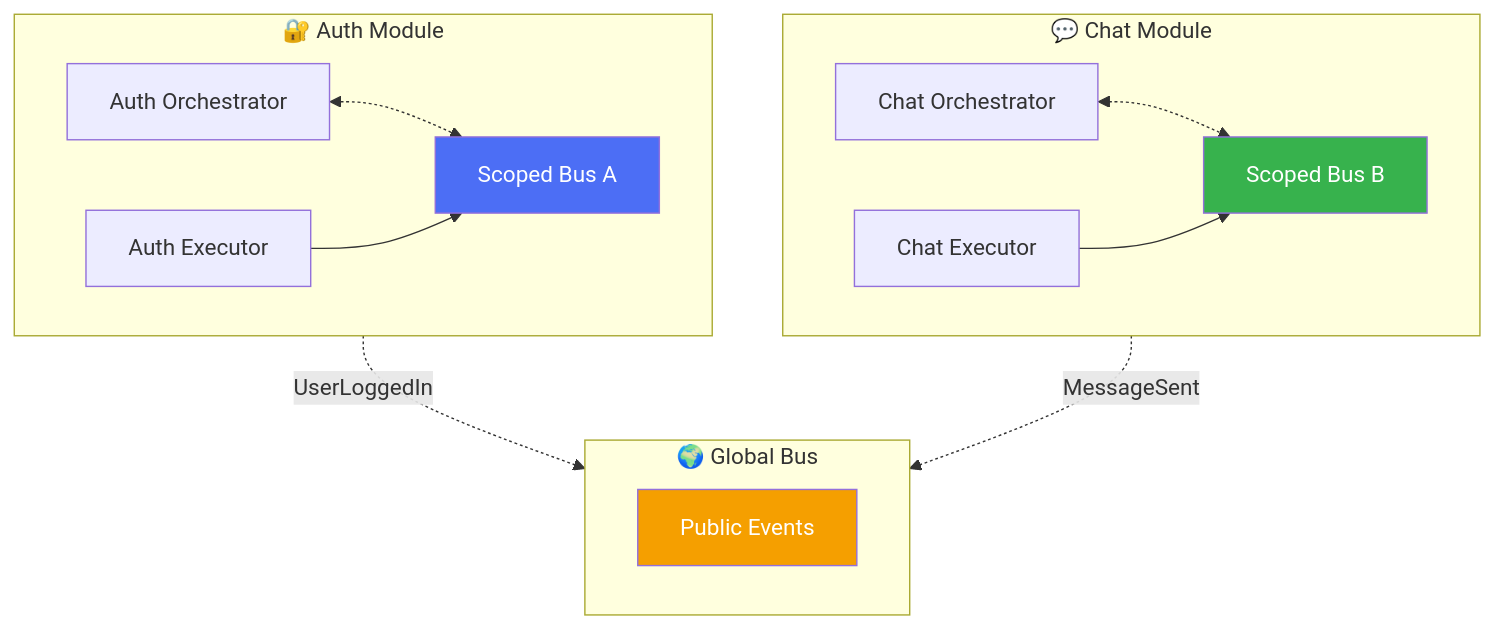
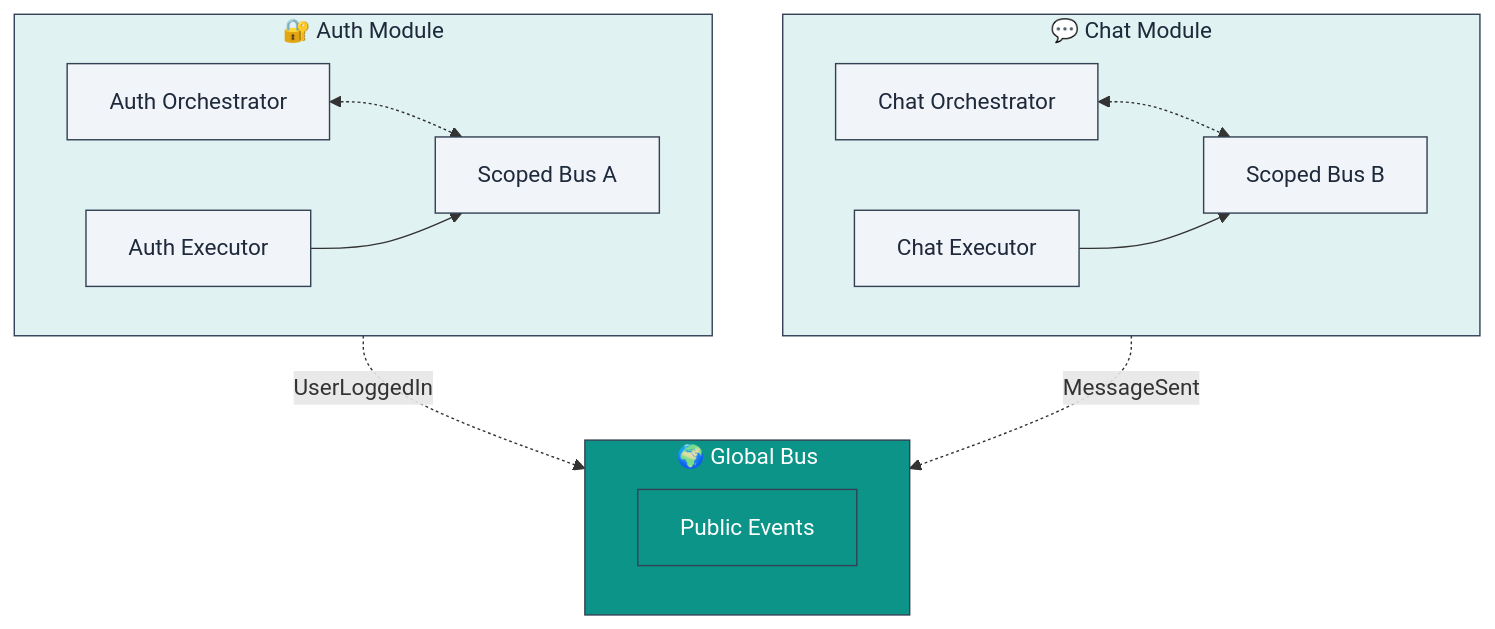
One commit to lploc94/flutter_orchestrator changed the seventh of 11 diagrams in book/chapters/04_integration.md. Above: the diagram before and after it, drawn with Mermaid. The commit also changed other lines of this file and 3 other files, not shown here.

````diff
--- a/book/chapters/04_integration.md
+++ b/book/chapters/04_integration.md
@@ -162,31 +180,38 @@
 ```mermaid
 graph TB
     subgraph AuthModule["🔐 Auth Module"]
         AuthBus["Scoped Bus A"]
         AuthOrch["Auth Orchestrator"]
         AuthExec["Auth Executor"]
         
         AuthOrch <-.-> AuthBus
         AuthExec --> AuthBus
     end
     
     subgraph ChatModule["💬 Chat Module"]
         ChatBus["Scoped Bus B"]
         ChatOrch["Chat Orchestrator"]
         ChatExec["Chat Executor"]
         
         ChatOrch <-.-> ChatBus
         ChatExec --> ChatBus
     end
     
     subgraph GlobalBus["🌍 Global Bus"]
         GB["Public Events"]
     end
     
     AuthModule -.->|"UserLoggedIn"| GlobalBus
     ChatModule -.->|"MessageSent"| GlobalBus
     
-    style AuthBus fill:#4c6ef5,color:#fff
-    style ChatBus fill:#37b24d,color:#fff
-    style GB fill:#f59f00,color:#fff
+    style AuthModule fill:#e0f2f1,stroke:#334155,color:#1e293b
+    style ChatModule fill:#e0f2f1,stroke:#334155,color:#1e293b
+    style GlobalBus fill:#0d9488,stroke:#334155,color:#ffffff
+    style AuthBus fill:#f1f5f9,stroke:#334155,color:#1e293b
+    style ChatBus fill:#f1f5f9,stroke:#334155,color:#1e293b
+    style GB fill:#0d9488,stroke:#334155,color:#ffffff
+    style AuthOrch fill:#f1f5f9,stroke:#334155,color:#1e293b
+    style AuthExec fill:#f1f5f9,stroke:#334155,color:#1e293b
+    style ChatOrch fill:#f1f5f9,stroke:#334155,color:#1e293b
+    style ChatExec fill:#f1f5f9,stroke:#334155,color:#1e293b
 ```
````
